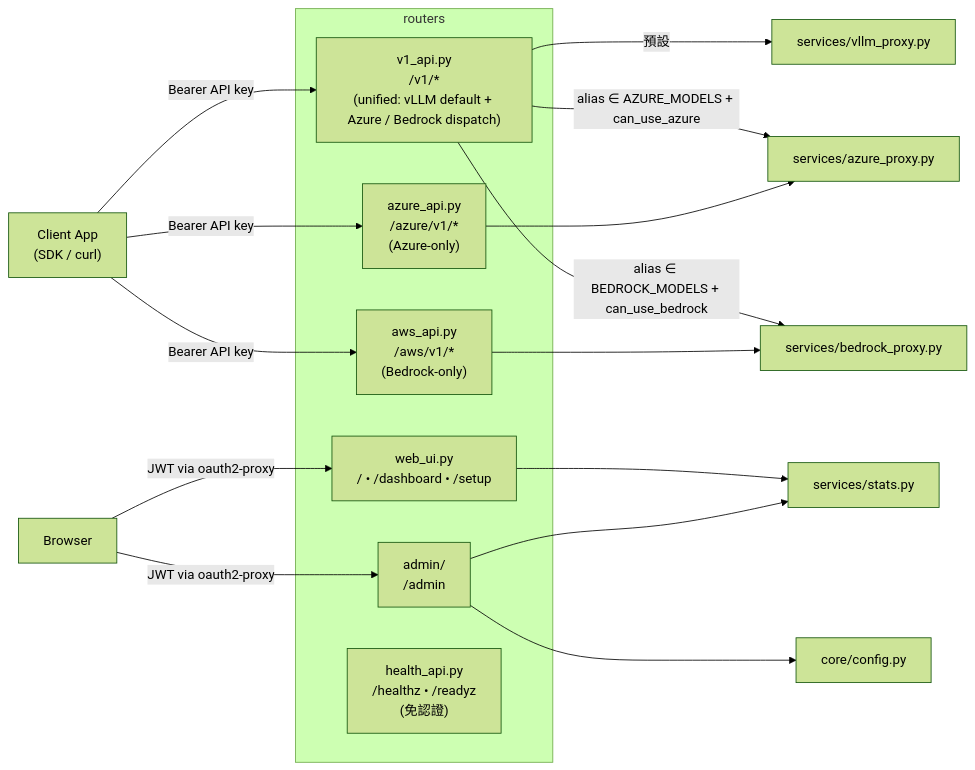
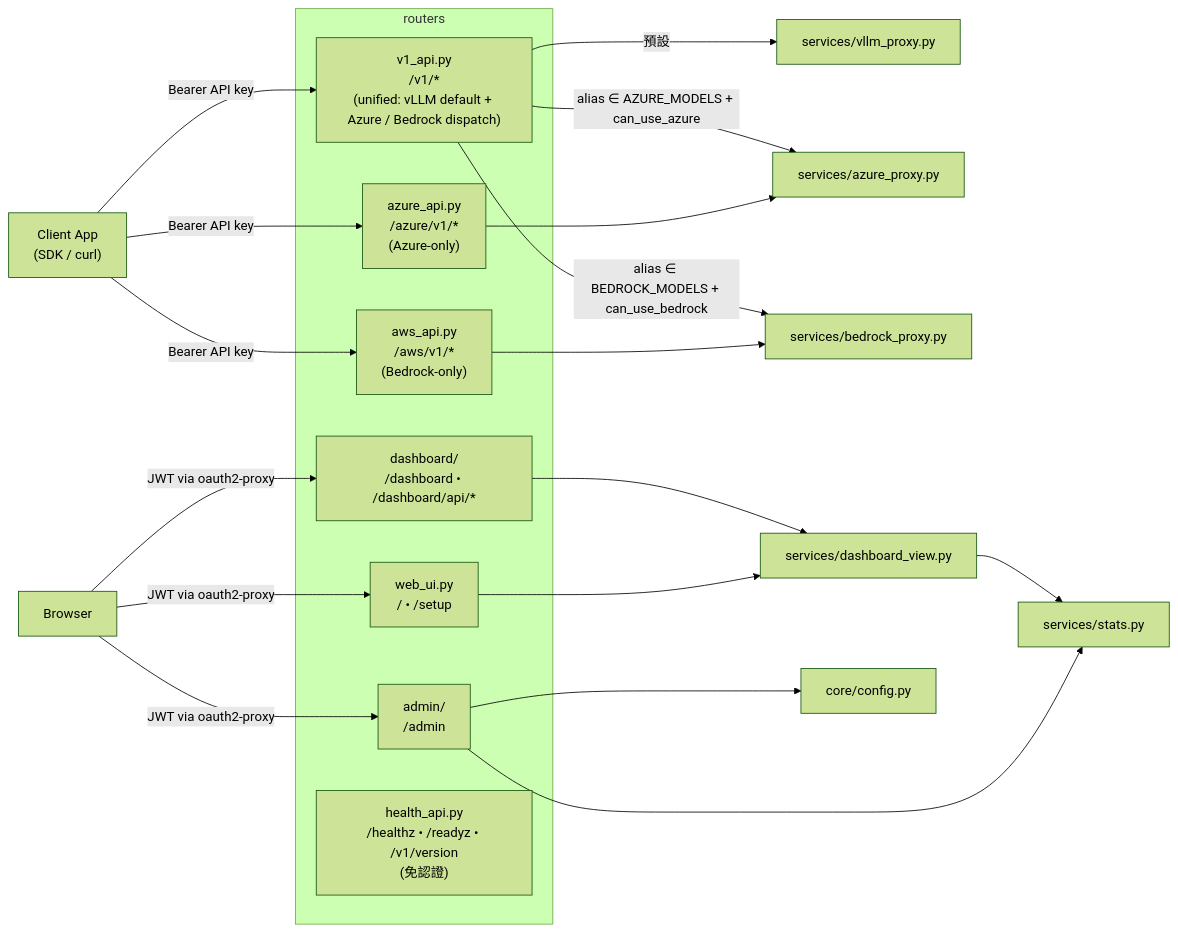
One commit to bwinken/llm-gateway changed the first of 2 diagrams in app/routers/README.zh-TW.md. Above: the diagram before and after it, drawn with Mermaid (forest theme). The commit also changed other lines of this file and 23 other files, not shown here.

````diff
--- a/app/routers/README.zh-TW.md
+++ b/app/routers/README.zh-TW.md
@@ -9,26 +9,30 @@
 ```mermaid
 graph LR
     Client["Client App<br/>(SDK / curl)"] -->|Bearer API key| v1_api
     Client -->|Bearer API key| azure_api
     Client -->|Bearer API key| aws_api
     Browser["Browser"] -->|JWT via oauth2-proxy| web_ui
+    Browser -->|JWT via oauth2-proxy| dashboard
     Browser -->|JWT via oauth2-proxy| admin
 
     subgraph routers
         v1_api["v1_api.py<br/>/v1/*<br/>(unified: vLLM default + Azure / Bedrock dispatch)"]
         azure_api["azure_api.py<br/>/azure/v1/*<br/>(Azure-only)"]
         aws_api["aws_api.py<br/>/aws/v1/*<br/>(Bedrock-only)"]
-        web_ui["web_ui.py<br/>/ • /dashboard • /setup"]
-        health_api["health_api.py<br/>/healthz • /readyz<br/>(免認證)"]
+        web_ui["web_ui.py<br/>/ • /setup"]
+        dashboard["dashboard/<br/>/dashboard • /dashboard/api/*"]
+        health_api["health_api.py<br/>/healthz • /readyz • /v1/version<br/>(免認證)"]
         admin["admin/<br/>/admin"]
     end
 
     v1_api -->|預設| vllm_proxy["services/vllm_proxy.py"]
     v1_api -->|alias ∈ AZURE_MODELS + can_use_azure| azure_proxy["services/azure_proxy.py"]
     v1_api -->|alias ∈ BEDROCK_MODELS + can_use_bedrock| bedrock_proxy["services/bedrock_proxy.py"]
     azure_api --> azure_proxy
     aws_api --> bedrock_proxy
-    web_ui --> stats["services/stats.py"]
+    dashboard --> dashboard_view["services/dashboard_view.py"]
+    web_ui --> dashboard_view
+    dashboard_view --> stats["services/stats.py"]
     admin --> stats
     admin --> config["core/config.py"]
 ```
````
